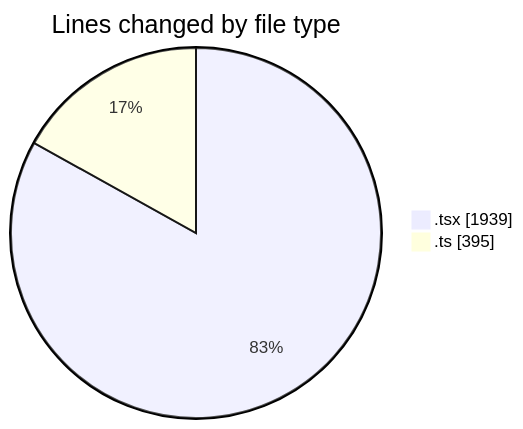
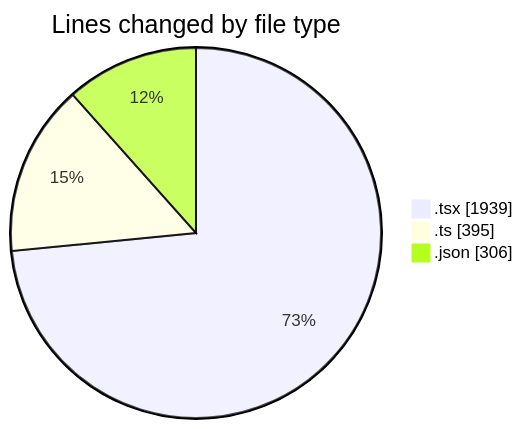
The first of 2 diagrams in 2025-11-22/eventscop-frontend-guide__workspace_/README.md (julien-gomy/code-tracking), drawn with Mermaid before and after one commit. The commit also changed other lines of this file and 1 other file, not shown here.

````diff
--- a/2025-11-22/eventscop-frontend-guide__workspace_/README.md
+++ b/2025-11-22/eventscop-frontend-guide__workspace_/README.md
@@ -39,6 +40,7 @@
 ```mermaid
 pie showData
 title Lines changed by file type
 ".tsx" : 1939
 ".ts" : 395
+".json" : 306
 ```
````
